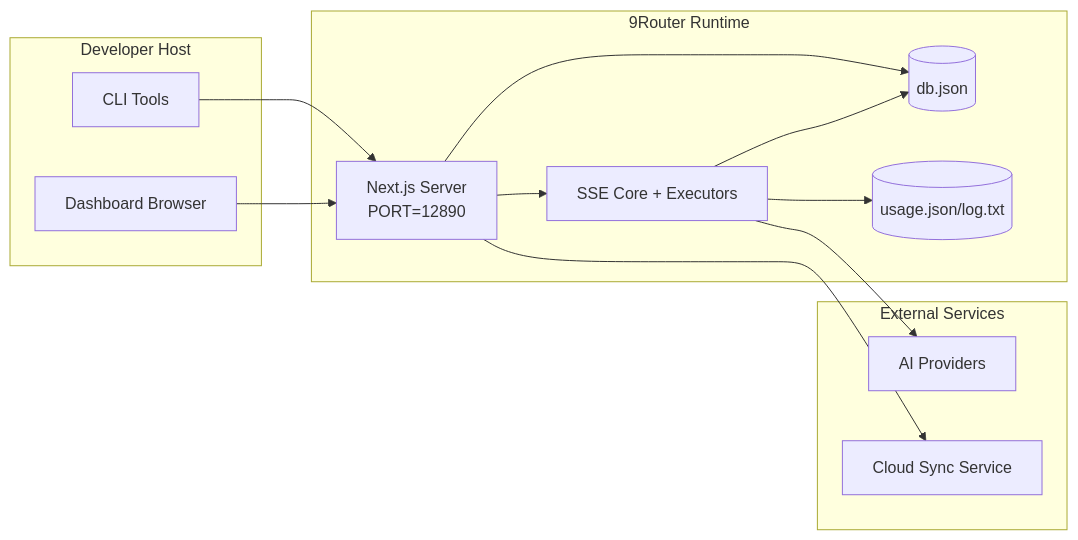
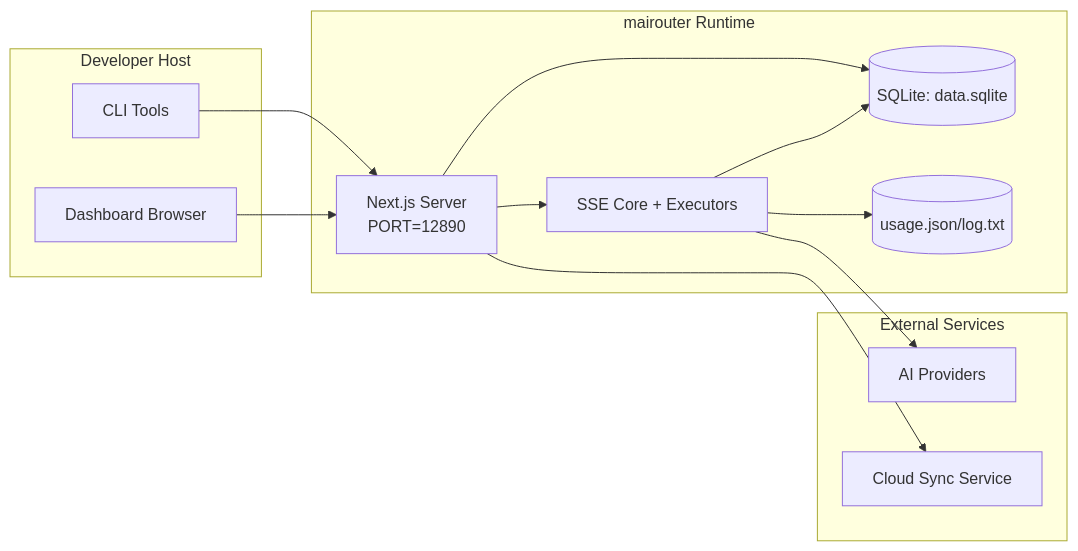
The seventh of 7 diagrams in docs/ARCHITECTURE.md (NatrocTeam/mairouter), drawn with Mermaid before and after one commit. The commit also changed other lines of this file and 31 other files, not shown here.

````diff
--- a/docs/ARCHITECTURE.md
+++ b/docs/ARCHITECTURE.md
@@ -387,28 +425,28 @@
 ```mermaid
 flowchart LR
     subgraph LocalHost[Developer Host]
         CLI[CLI Tools]
         Browser[Dashboard Browser]
     end
 
-    subgraph ContainerOrProcess[9Router Runtime]
+    subgraph ContainerOrProcess[mairouter Runtime]
         Next[Next.js Server\nPORT=12890]
         Core[SSE Core + Executors]
-        MainDB[(db.json)]
+        MainDB[(SQLite: data.sqlite)]
         UsageDB[(usage.json/log.txt)]
     end
 
     subgraph External[External Services]
         Providers[AI Providers]
         SyncCloud[Cloud Sync Service]
     end
 
     CLI --> Next
     Browser --> Next
     Next --> Core
     Next --> MainDB
     Core --> MainDB
     Core --> UsageDB
     Core --> Providers
     Next --> SyncCloud
 ```
````
